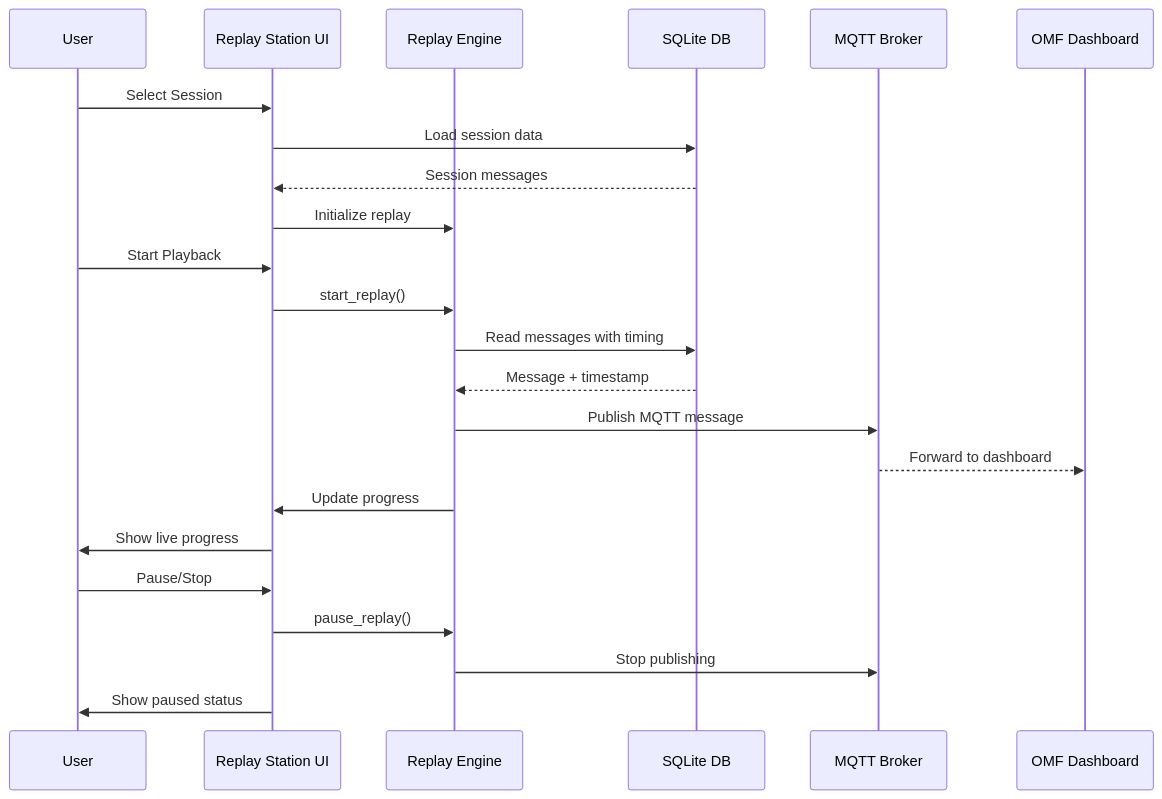
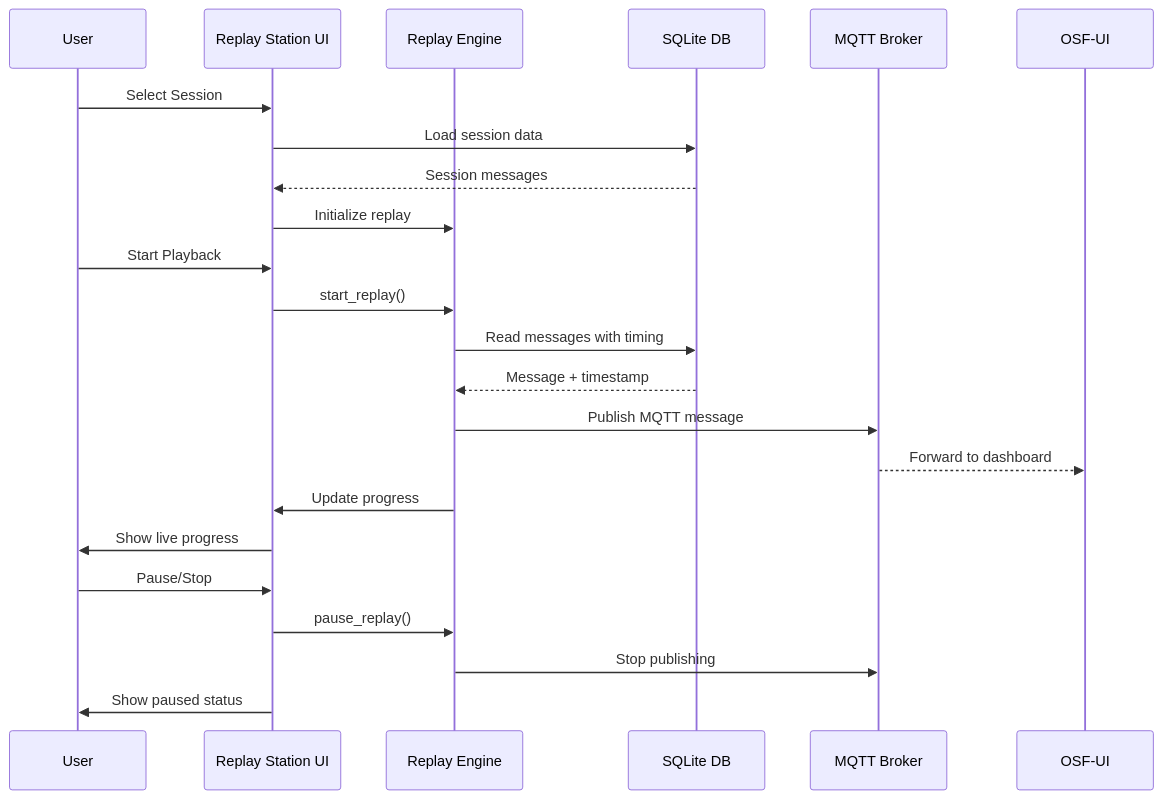
The second of 2 diagrams in docs/04-howto/helper_apps/session-manager/replay-station.md (OliverBerger-ORBIS/ORBIS-Modellfabrik), drawn with Mermaid before and after one commit. The commit also changed other lines of this file and 137 other files, not shown here.

````diff
--- a/docs/04-howto/helper_apps/session-manager/replay-station.md
+++ b/docs/04-howto/helper_apps/session-manager/replay-station.md
@@ -94,28 +94,28 @@
 ```mermaid
 sequenceDiagram
     participant U as User
     participant UI as Replay Station UI
     participant R as Replay Engine
     participant DB as SQLite DB
     participant M as MQTT Broker
-    participant D as OMF Dashboard
+    participant D as OSF-UI
     
     U->>UI: Select Session
     UI->>DB: Load session data
     DB-->>UI: Session messages
     UI->>R: Initialize replay
     
     U->>UI: Start Playback
     UI->>R: start_replay()
     R->>DB: Read messages with timing
     DB-->>R: Message + timestamp
     R->>M: Publish MQTT message
     M-->>D: Forward to dashboard
     R->>UI: Update progress
     UI->>U: Show live progress
     
     U->>UI: Pause/Stop
     UI->>R: pause_replay()
     R->>M: Stop publishing
     UI->>U: Show paused status
 ```
````
